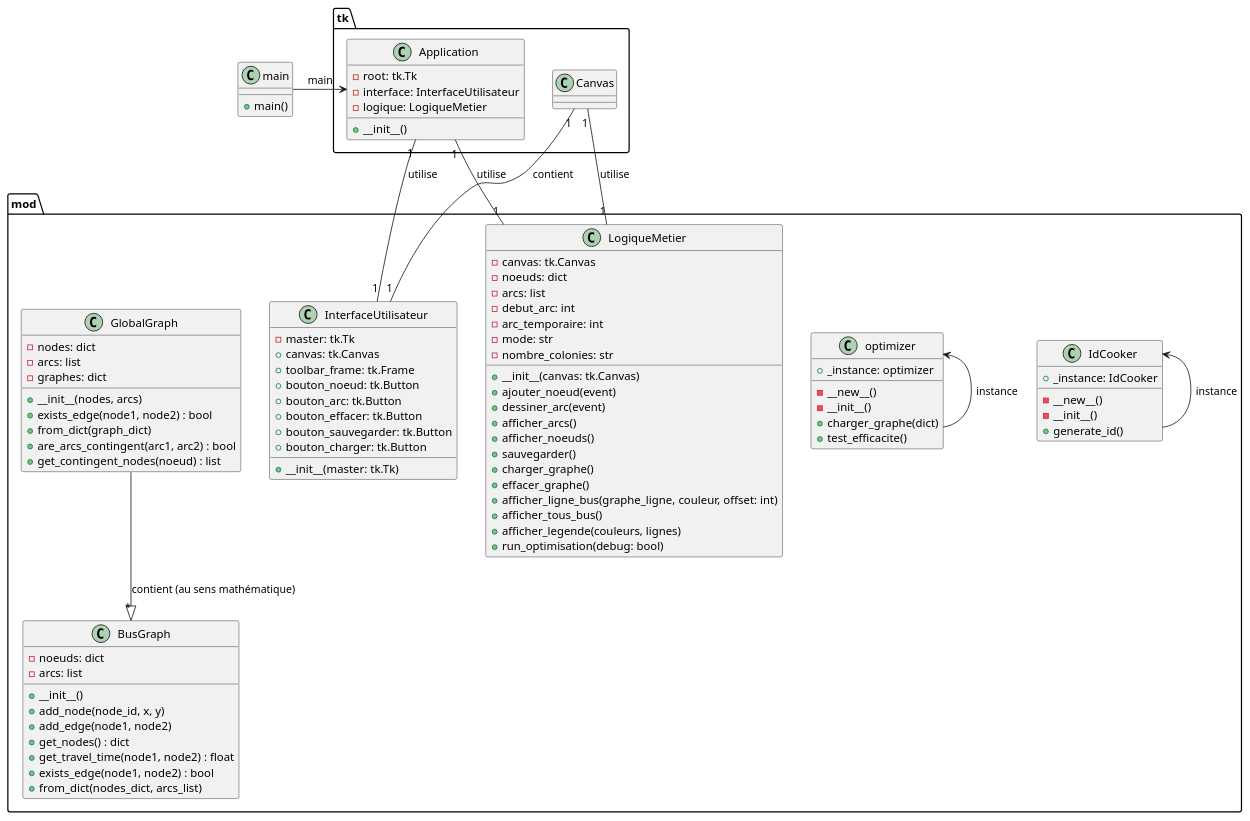
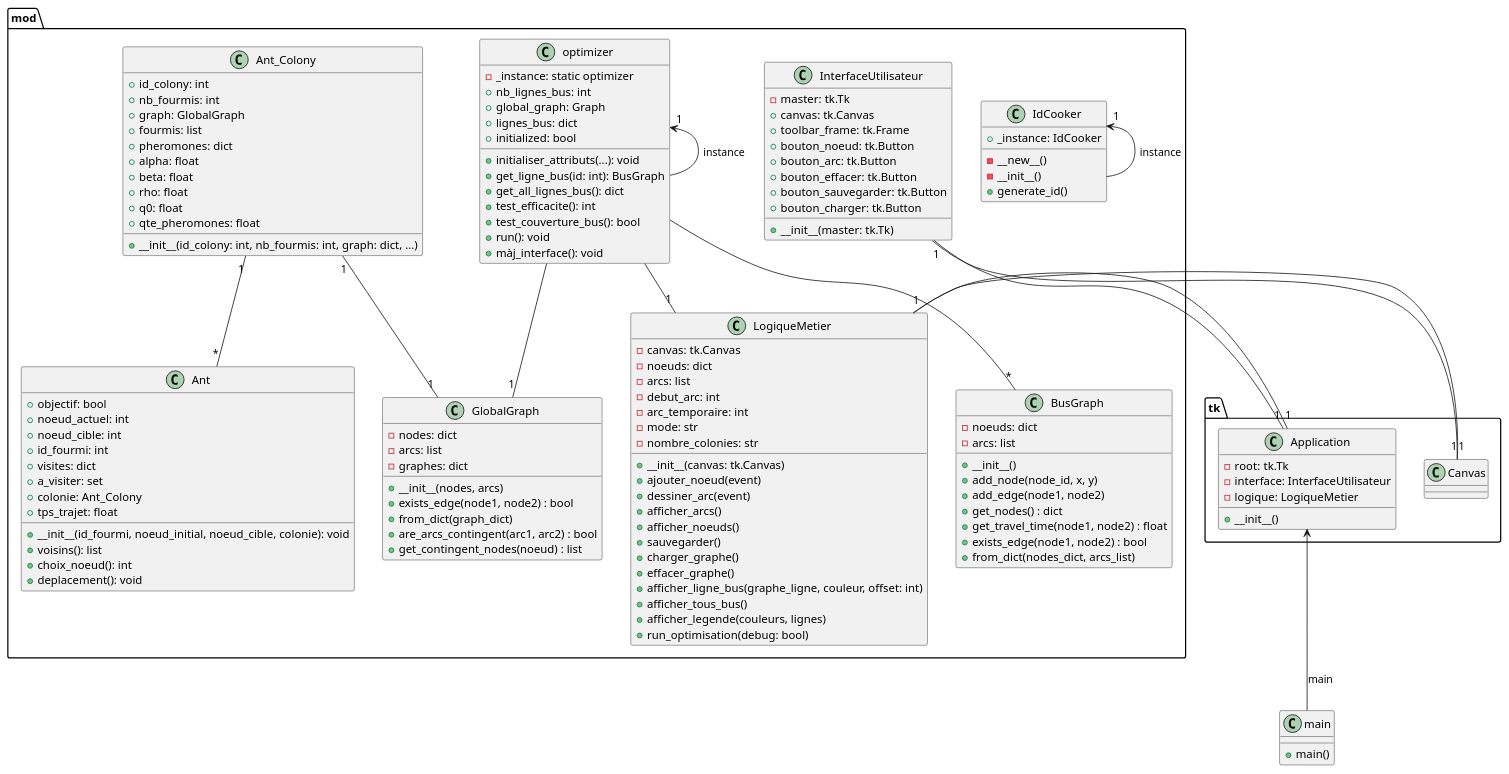
Before and after one commit to FumedSaumonSauvage/elc-saidi-bap: the diagram in projet.puml, drawn with PlantUML. The commit also changed 2 other files, not shown here.

Commit message:
màj diagramme UML + nettoyage

```diff
--- a/projet.puml
+++ b/projet.puml
@@ -1,103 +1,143 @@
 @startuml projet_bap
 
 
 package tk{
     class Application {
         - root: tk.Tk
         - interface: InterfaceUtilisateur
         - logique: LogiqueMetier
         + __init__()
     }
 }
 
 class main{
     + main()
 }
 
 package mod{
 
     class IdCooker{
         + _instance: IdCooker
         - __new__()
         - __init__()
         + generate_id()
     }
 
     class InterfaceUtilisateur {
         - master: tk.Tk
         + canvas: tk.Canvas
         + toolbar_frame: tk.Frame
         + bouton_noeud: tk.Button
         + bouton_arc: tk.Button
         + bouton_effacer: tk.Button
         + bouton_sauvegarder: tk.Button
         + bouton_charger: tk.Button
         + __init__(master: tk.Tk)
     }
 
     class LogiqueMetier {
         - canvas: tk.Canvas
         - noeuds: dict
         - arcs: list
         - debut_arc: int
         - arc_temporaire: int
         - mode: str
         - nombre_colonies: str
         + __init__(canvas: tk.Canvas)
         + ajouter_noeud(event)
         + dessiner_arc(event)
         + afficher_arcs()
         + afficher_noeuds()
         + sauvegarder()
         + charger_graphe()
         + effacer_graphe()
         + afficher_ligne_bus(graphe_ligne, couleur, offset: int)
         + afficher_tous_bus()
         + afficher_legende(couleurs, lignes)
         + run_optimisation(debug: bool)
     }
 
-    class optimizer{
-        + _instance: optimizer
-        - __new__()
-        - __init__()
-        + charger_graphe(dict)
-        + test_efficacite()
+    class optimizer {
+        - _instance: static optimizer
+        + nb_lignes_bus: int
+        + global_graph: Graph
+        + lignes_bus: dict
+        + initialized: bool
+        + initialiser_attributs(...): void
+        + get_ligne_bus(id: int): BusGraph
+        + get_all_lignes_bus(): dict
+        + test_efficacite(): int
+        + test_couverture_bus(): bool
+        + run(): void
+        + màj_interface(): void
     }
 
     class BusGraph {
         - noeuds: dict
         - arcs: list
         + __init__()
         + add_node(node_id, x, y)
         + add_edge(node1, node2)
         + get_nodes() : dict
         + get_travel_time(node1, node2) : float
         + exists_edge(node1, node2) : bool
         + from_dict(nodes_dict, arcs_list)
     }
 
     class GlobalGraph {
         - nodes: dict
         - arcs: list
         - graphes: dict
         + __init__(nodes, arcs)
         + exists_edge(node1, node2) : bool
         + from_dict(graph_dict)
         + are_arcs_contingent(arc1, arc2) : bool
         + get_contingent_nodes(noeud) : list
     }
 
+    class Ant_Colony {
+        + id_colony: int
+        + nb_fourmis: int
+        + graph: GlobalGraph
+        + fourmis: list
+        + pheromones: dict
+        + alpha: float
+        + beta: float
+        + rho: float
+        + q0: float
+        + qte_pheromones: float
+        + __init__(id_colony: int, nb_fourmis: int, graph: dict, ...)
+    }
+
+    class Ant {
+        + objectif: bool
+        + noeud_actuel: int
+        + noeud_cible: int
+        + id_fourmi: int
+        + visites: dict
+        + a_visiter: set
+        + colonie: Ant_Colony
+        + tps_trajet: float
+        + __init__(id_fourmi, noeud_initial, noeud_cible, colonie): void
+        + voisins(): list
+        + choix_noeud(): int
+        + deplacement(): void
+    }
+
 }
 
-Application "1" -- "1" InterfaceUtilisateur : utilise
-Application "1" -- "1" LogiqueMetier : utilise
-InterfaceUtilisateur "1" -- "1" tk.Canvas : contient
-LogiqueMetier "1" -- "1" tk.Canvas : utilise
-main -> Application : main
-GlobalGraph --|> "*" BusGraph : contient (au sens mathématique)
-optimizer -up-> optimizer : instance
-IdCooker -up-> IdCooker : instance
+Application "1" -- "1" InterfaceUtilisateur
+Application "1" -- "1" LogiqueMetier
+InterfaceUtilisateur -- "1" tk.Canvas
+LogiqueMetier -- "1" tk.Canvas
+main -up-> Application : main
+optimizer -up-> "1" optimizer : instance
+IdCooker -up-> "1" IdCooker : instance
+optimizer -- "1" LogiqueMetier
+optimizer -- "*" BusGraph
+optimizer -- "1" GlobalGraph
 
+Ant_Colony "1" -- "*" Ant
+Ant_Colony "1" -- "1" GlobalGraph
 
 @enduml
```
